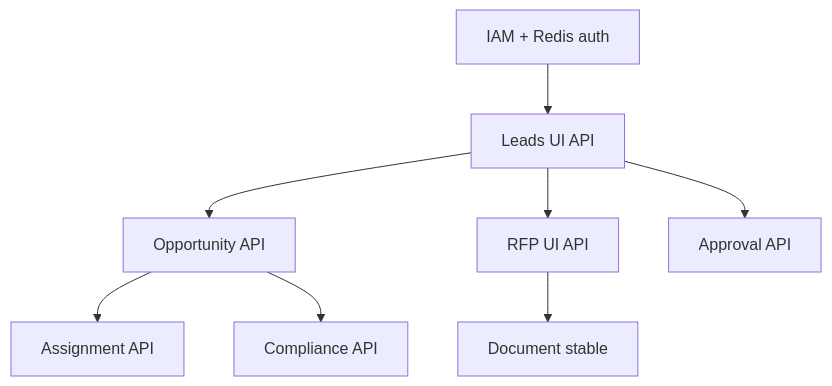
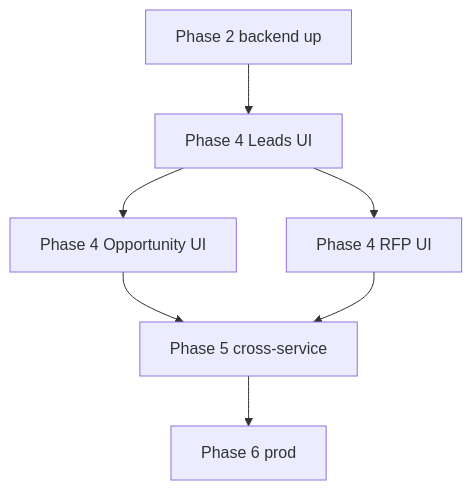
The second of 2 diagrams in docs/system-design/13-implementation-roadmap.md (saurabhnpst/NPST_DEAL_PULSE), drawn with Mermaid before and after one commit. The commit also changed other lines of this file and 75 other files, not shown here.

````diff
--- a/docs/system-design/13-implementation-roadmap.md
+++ b/docs/system-design/13-implementation-roadmap.md
@@ -54,18 +86,16 @@
 ```mermaid
 flowchart TD
-  P0[IAM + Redis auth]
-  L[Leads UI API]
-  R[RFP UI API]
-  O[Opportunity API]
-  AP[Approval API]
-  AS[Assignment API]
-  CO[Compliance API]
+  P2[Phase 2 backend up]
+  P4L[Phase 4 Leads UI]
+  P4O[Phase 4 Opportunity UI]
+  P4R[Phase 4 RFP UI]
+  P5[Phase 5 cross-service]
+  P6[Phase 6 prod]
 
-  P0 --> L
-  L --> O
-  L --> R
-  O --> AS
-  O --> CO
-  L --> AP
-  R --> D[Document stable]
+  P2 --> P4L
+  P4L --> P4O
+  P4L --> P4R
+  P4O --> P5
+  P4R --> P5
+  P5 --> P6
 ```
````
